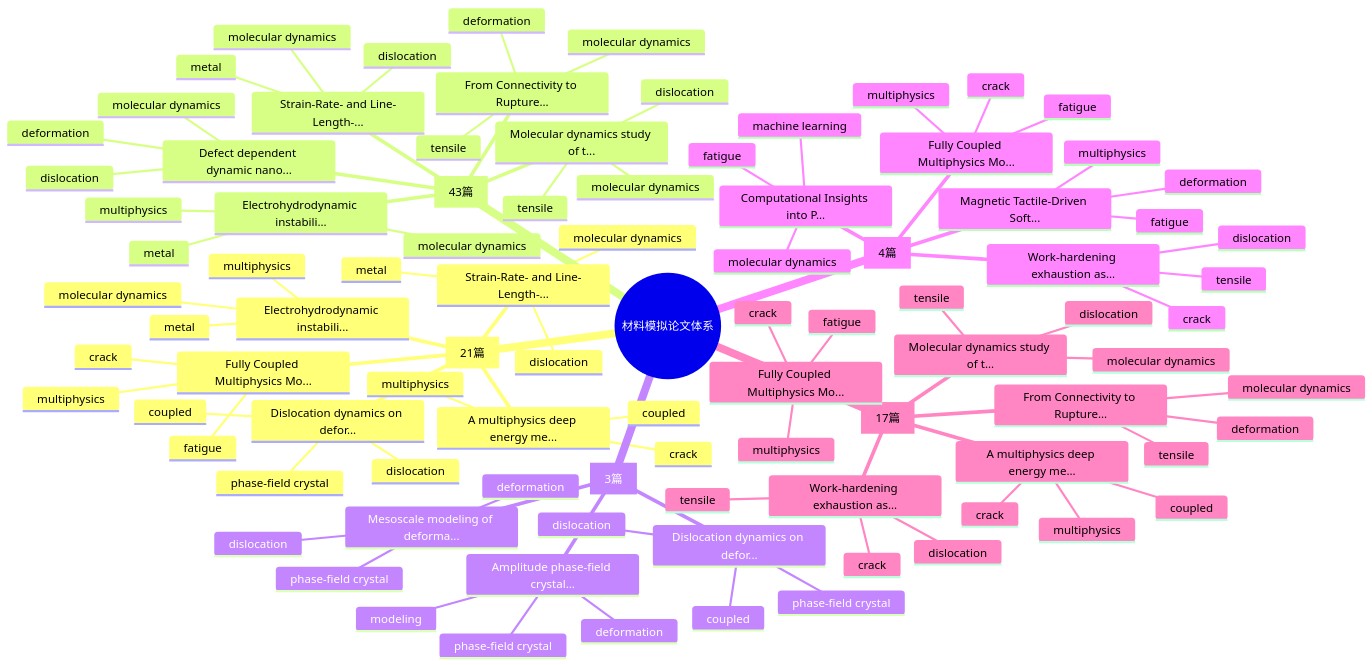
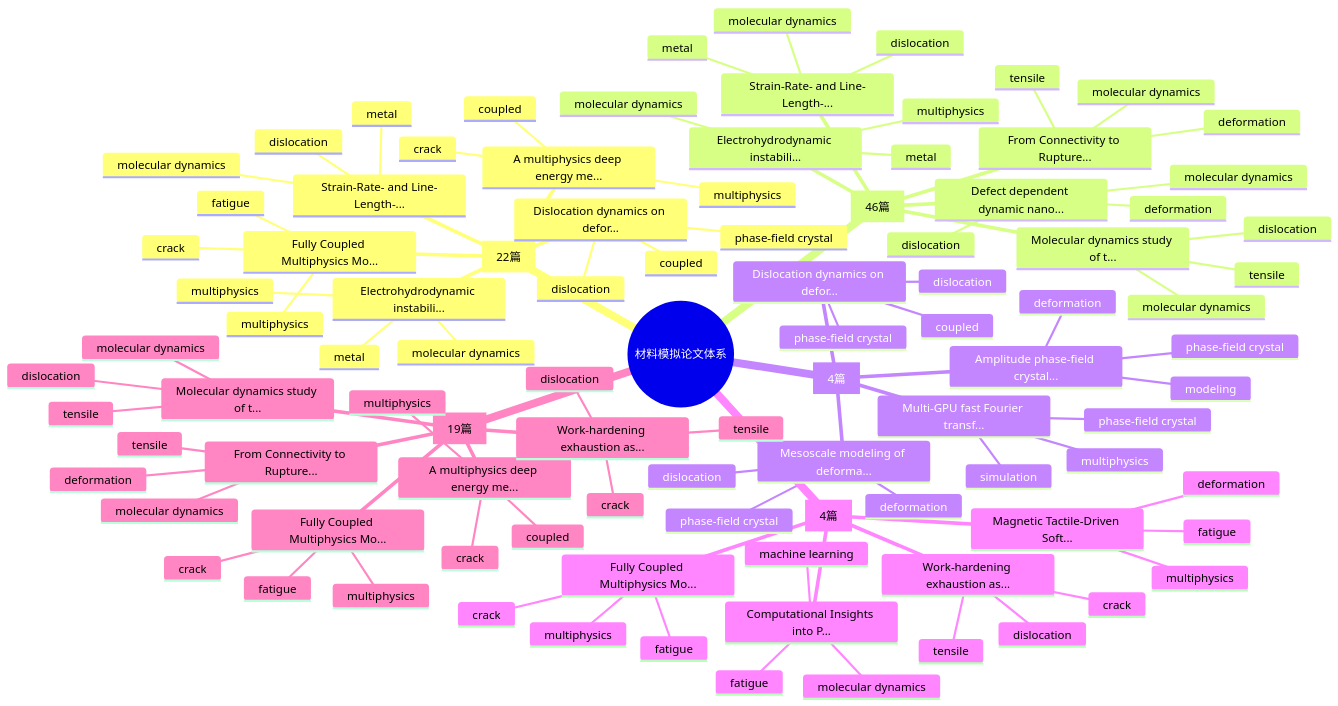
One commit to Shirakawa11111/BJK_readpaper changed the first of 2 diagrams in reports/knowledge_graph.md. Above: the diagram before and after it, drawn with Mermaid. The commit also changed other lines of this file and 10 other files, not shown here.

````diff
--- a/reports/knowledge_graph.md
+++ b/reports/knowledge_graph.md
@@ -7,7 +7,7 @@
 ```mermaid
 mindmap
   root((材料模拟论文体系))
-    Multiphysics Coupling [21篇]
+    Multiphysics Coupling [22篇]
       Fully Coupled Multiphysics Mo...
         fatigue
         multiphysics
@@ -28,7 +28,7 @@
         molecular dynamics
         dislocation
         metal
-    Molecular Dynamics [43篇]
+    Molecular Dynamics [46篇]
       Molecular dynamics study of t...
         molecular dynamics
         dislocation
@@ -49,11 +49,15 @@
         molecular dynamics
         tensile
         deformation
-    Phase-Field Crystal [3篇]
+    Phase-Field Crystal [4篇]
       Dislocation dynamics on defor...
         phase-field crystal
         dislocation
         coupled
+      Multi-GPU fast Fourier transf...
+        phase-field crystal
+        multiphysics
+        simulation
       Amplitude phase-field crystal...
         phase-field crystal
         deformation
@@ -79,7 +83,7 @@
         multiphysics
         fatigue
         deformation
-    Tensile / Deformation Simulation [17篇]
+    Tensile / Deformation Simulation [19篇]
       Fully Coupled Multiphysics Mo...
         fatigue
         multiphysics
````
